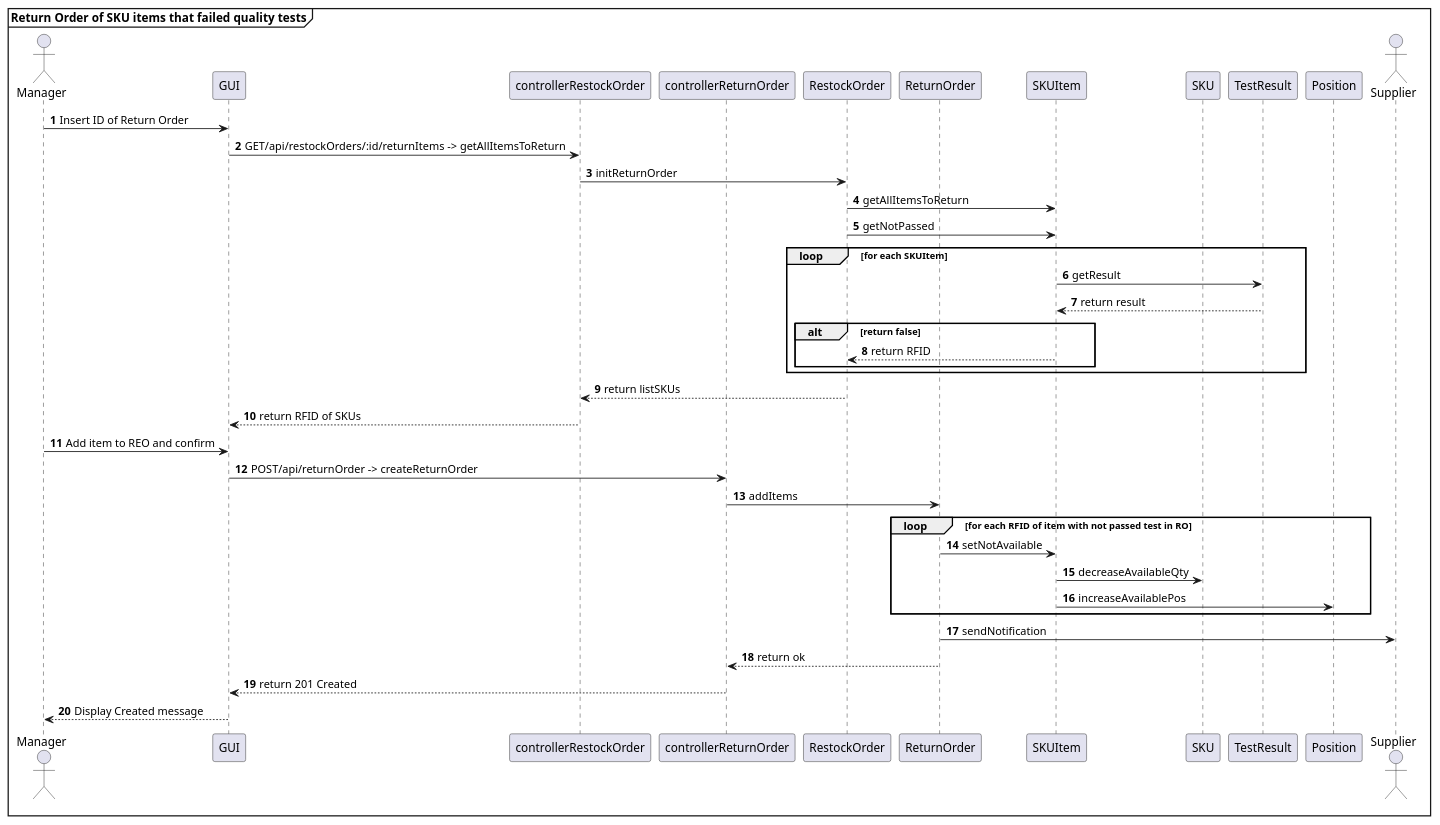
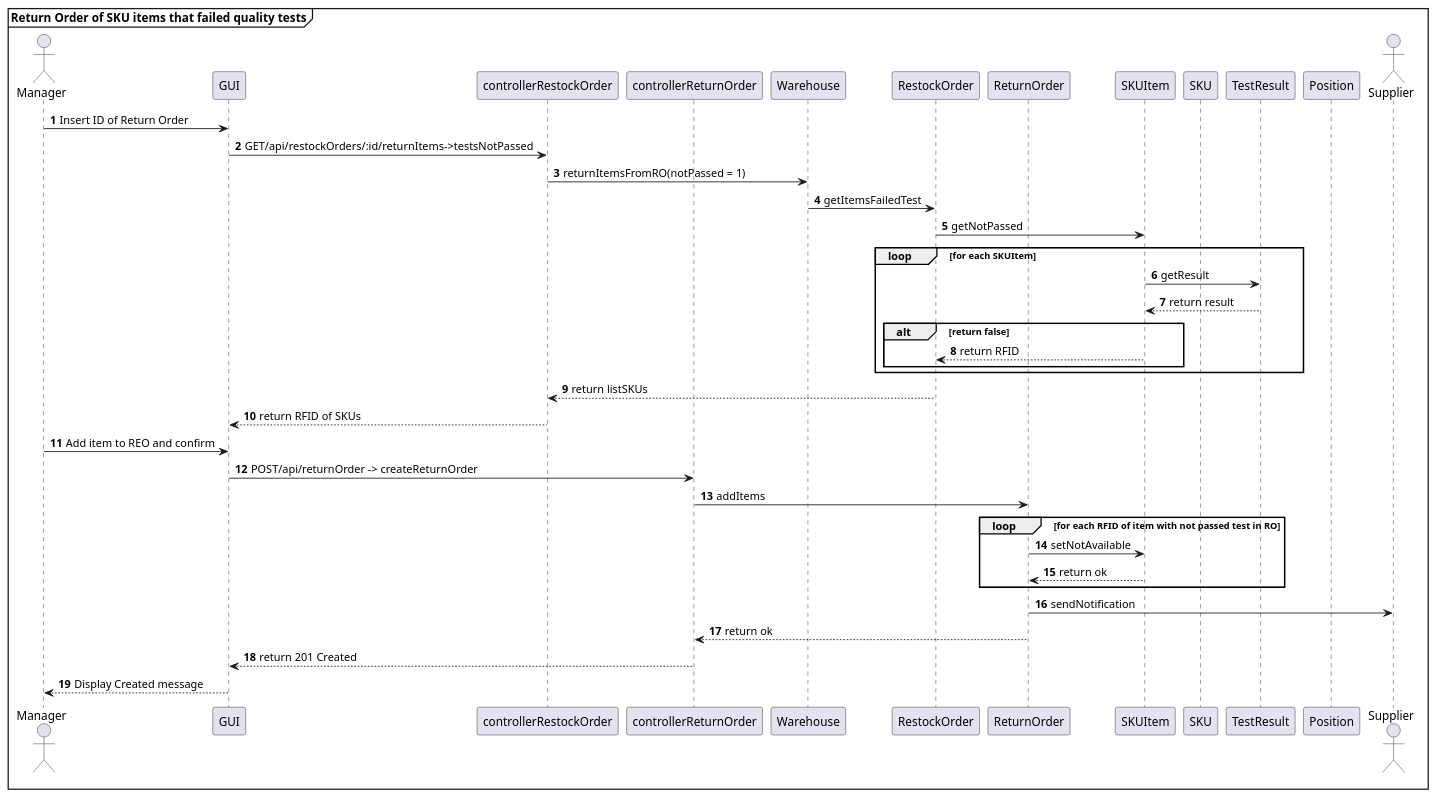
Diagram 17 of 29 in DesignDocument.md (AlexZampa/EzWh), drawn with PlantUML before and after one commit. The commit also changed other lines of this file, not shown here.

````diff
--- a/DesignDocument.md
+++ b/DesignDocument.md
@@ -872,47 +888,47 @@
 ```plantuml
 @startuml
 mainframe **Return Order of SKU items that failed quality tests**
 actor Manager 
 participant GUI
 participant controllerRestockOrder
 participant controllerReturnOrder
+participant Warehouse
 participant RestockOrder
 participant ReturnOrder
 participant SKUItem
 participant SKU
 participant TestResult
 participant Position
 actor Supplier
 
 autonumber
 Manager -> GUI : Insert ID of Return Order
-GUI -> controllerRestockOrder : GET/api/restockOrders/:id/returnItems -> getAllItemsToReturn
-controllerRestockOrder -> RestockOrder : initReturnOrder
-RestockOrder -> SKUItem : getAllItemsToReturn
+GUI -> controllerRestockOrder : GET/api/restockOrders/:id/returnItems->testsNotPassed
+controllerRestockOrder -> Warehouse : returnItemsFromRO(notPassed = 1)
+Warehouse -> RestockOrder : getItemsFailedTest
 RestockOrder -> SKUItem : getNotPassed
 loop for each SKUItem
   SKUItem -> TestResult : getResult
   SKUItem <-- TestResult : return result
     alt return false
-    RestockOrder <-- SKUItem : return RFID
+      RestockOrder <-- SKUItem : return RFID
     end alt
  end loop
 
 RestockOrder --> controllerRestockOrder : return listSKUs
 controllerRestockOrder --> GUI : return RFID of SKUs
 
 Manager -> GUI : Add item to REO and confirm
 GUI -> controllerReturnOrder : POST/api/returnOrder -> createReturnOrder
 controllerReturnOrder -> ReturnOrder : addItems 
 loop for each RFID of item with not passed test in RO
   ReturnOrder -> SKUItem : setNotAvailable
-  SKUItem -> SKU : decreaseAvailableQty
-  SKUItem -> Position : increaseAvailablePos
+  ReturnOrder <-- SKUItem : return ok
 end loop
 ReturnOrder -> Supplier : sendNotification
 ReturnOrder --> controllerReturnOrder : return ok
 controllerReturnOrder --> GUI : return 201 Created
 GUI --> Manager : Display Created message
 @enduml
 
 ```
````
